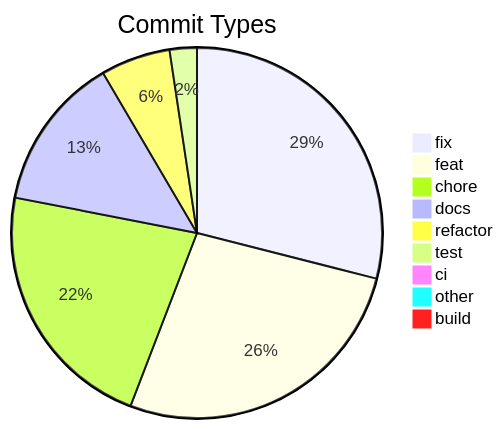
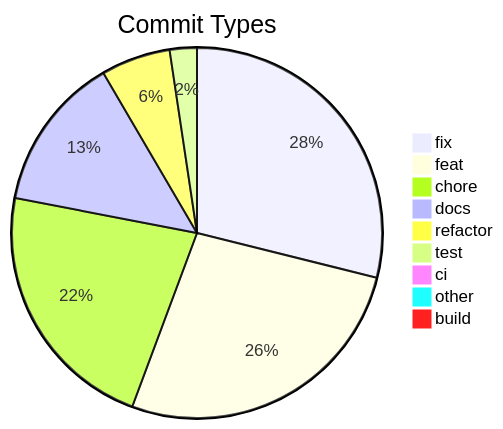
Before and after one commit to svenroth-ai/shipwright: the diagram in .shipwright/compliance/change-history.md, drawn with Mermaid. The commit also changed other lines of this file and 20 other files, not shown here.

````diff
--- a/.shipwright/compliance/change-history.md
+++ b/.shipwright/compliance/change-history.md
@@ -8,12 +8,12 @@
 ```mermaid
 pie title Commit Types
     "fix" : 305
     "feat" : 283
-    "chore" : 234
-    "docs" : 142
+    "chore" : 236
+    "docs" : 143
     "refactor" : 64
     "test" : 25
-    "ci" : 7
+    "ci" : 8
     "other" : 7
     "build" : 1
 ```
````
